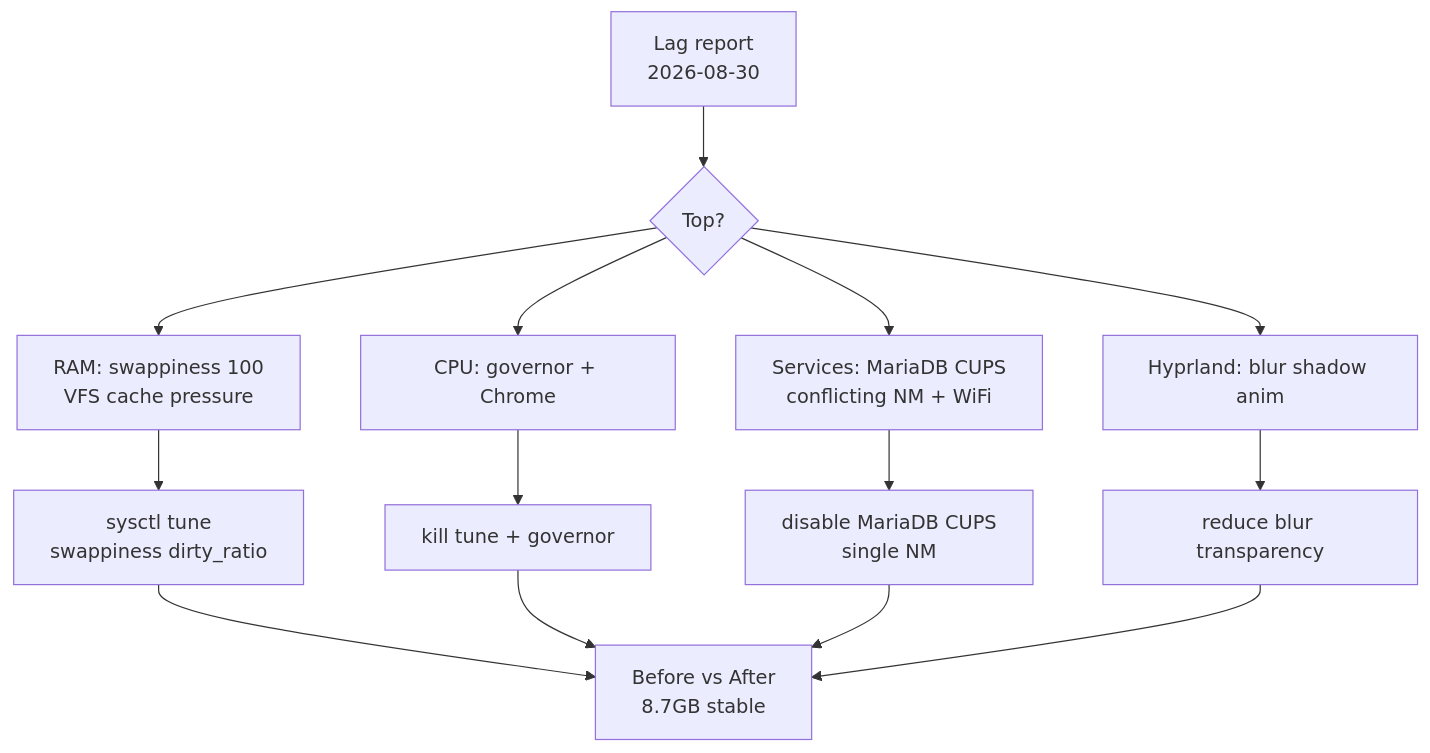
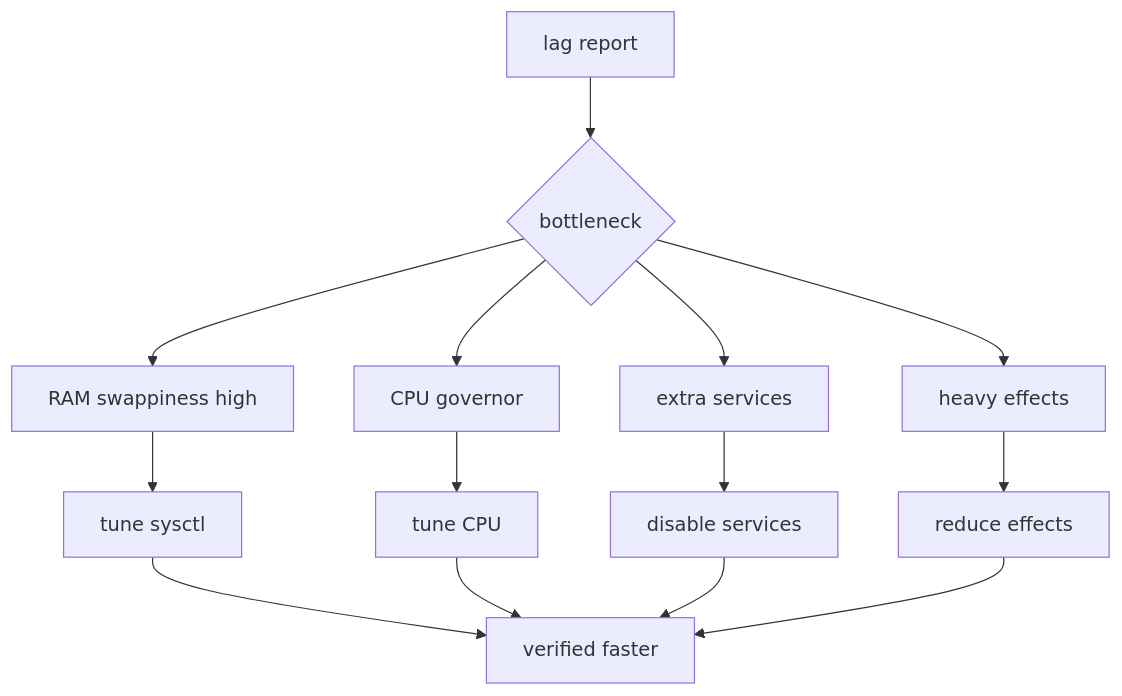
The ninth of 32 diagrams in Graph-Web-Atlas.md (444Nazky/My-Vault), drawn with Mermaid before and after one commit. The commit also changed other lines of this file and 8 other files, not shown here.

````diff
--- a/Graph-Web-Atlas.md
+++ b/Graph-Web-Atlas.md
@@ -147,16 +178,16 @@
 ```mermaid
 flowchart TD
-    A[Lag report<br/>2026-08-30] --> B{Top?}
-    B --> C[RAM: swappiness 100<br/>VFS cache pressure]
-    B --> D[CPU: governor + Chrome]
-    B --> E[Services: MariaDB CUPS<br/>conflicting NM + WiFi]
-    B --> F[Hyprland: blur shadow anim]
-    C --> G[sysctl tune<br/>swappiness dirty_ratio]
-    D --> H[kill tune + governor]
-    E --> I[disable MariaDB CUPS<br/>single NM]
-    F --> J[reduce blur transparency]
-    G --> K[Before vs After<br/>8.7GB stable]
+    A["lag report"] --> B{"bottleneck"}
+    B --> C["RAM swappiness high"]
+    B --> D["CPU governor"]
+    B --> E["extra services"]
+    B --> F["heavy effects"]
+    C --> G["tune sysctl"]
+    D --> H["tune CPU"]
+    E --> I["disable services"]
+    F --> J["reduce effects"]
+    G --> K["verified faster"]
     H --> K
     I --> K
     J --> K
 ```
````
